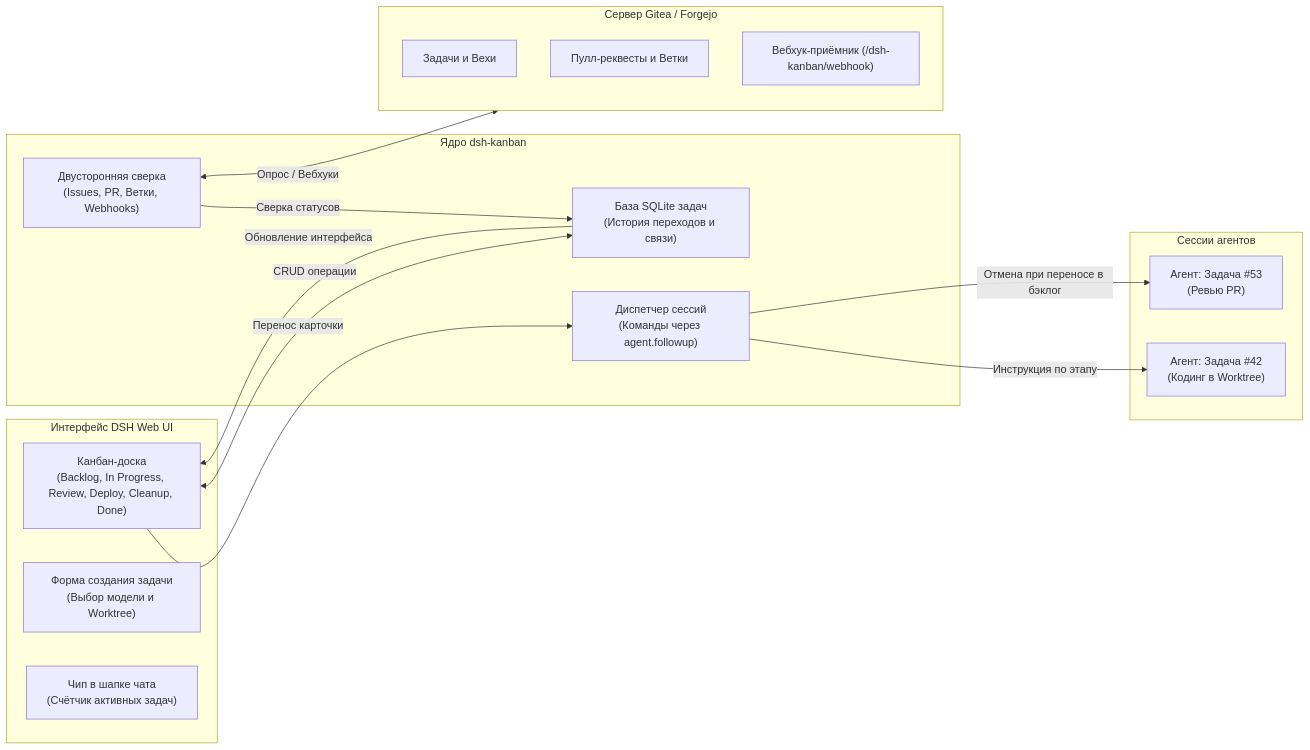
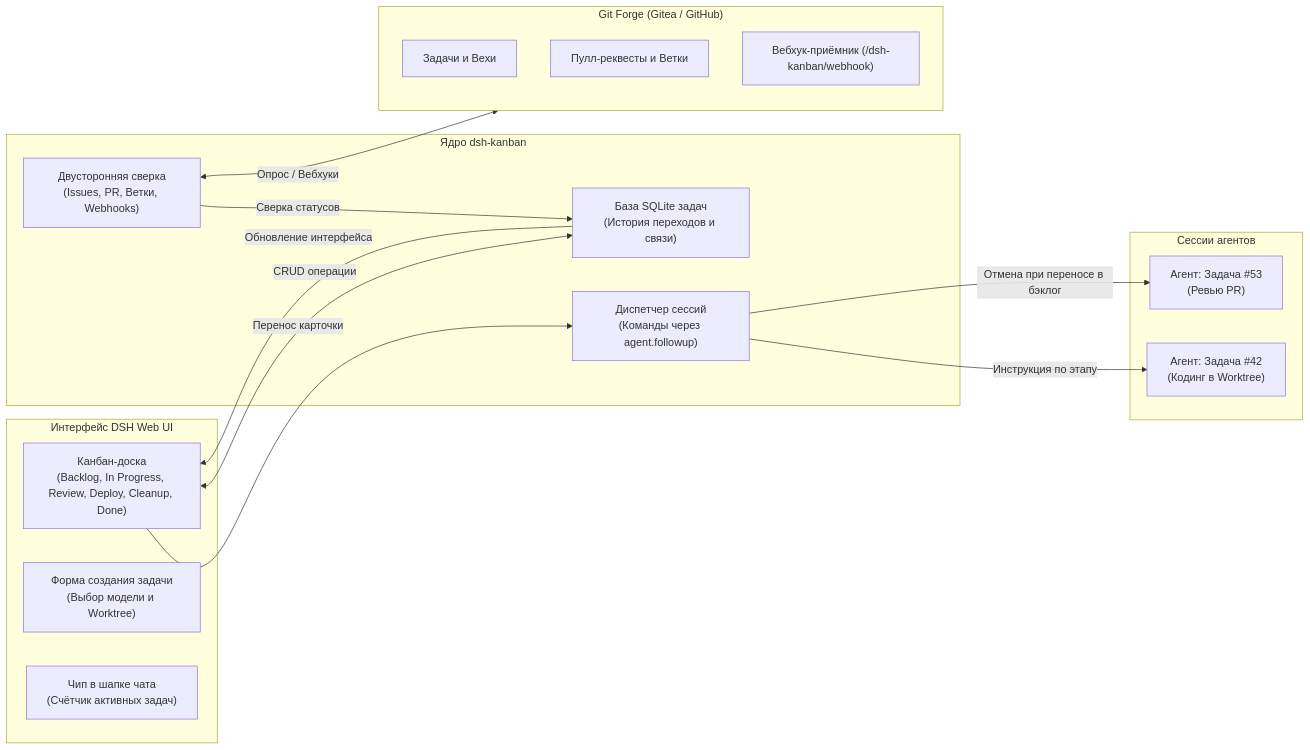
Before and after one commit to GooDAnDReaDY/dsh-kanban: the diagram in README.ru.md, drawn with Mermaid. The commit also changed other lines of this file and 12 other files, not shown here.

````diff
--- a/README.ru.md
+++ b/README.ru.md
@@ -48,33 +48,33 @@
 ```mermaid
 graph LR
     subgraph UI ["Интерфейс DSH Web UI"]
         Board["Канбан-доска<br/>(Backlog, In Progress, Review, Deploy, Cleanup, Done)"]
         Intake["Форма создания задачи<br/>(Выбор модели и Worktree)"]
         HeaderChip["Чип в шапке чата<br/>(Счётчик активных задач)"]
     end
 
     subgraph Core ["Ядро dsh-kanban"]
         Dispatcher["Диспетчер сессий<br/>(Команды через agent.followup)"]
         Store["База SQLite задач<br/>(История переходов и связи)"]
         SyncEngine["Двусторонняя сверка<br/>(Issues, PR, Ветки, Webhooks)"]
     end
 
     subgraph Agents ["Сессии агентов"]
         Agent1["Агент: Задача #42<br/>(Кодинг в Worktree)"]
         Agent2["Агент: Задача #53<br/>(Ревью PR)"]
     end
 
-    subgraph VCS ["Сервер Gitea / Forgejo"]
+    subgraph VCS ["Git Forge (Gitea / GitHub)"]
         GiteaIssues["Задачи и Вехи"]
         GiteaPRs["Пулл-реквесты и Ветки"]
         Webhook["Вебхук-приёмник (/dsh-kanban/webhook)"]
     end
 
     Board -->|Перенос карточки| Dispatcher
     Dispatcher -->|Инструкция по этапу| Agent1
     Dispatcher -->|Отмена при переносе в бэклог| Agent2
     Board <-->|CRUD операции| Store
     SyncEngine <-->|Опрос / Вебхуки| VCS
     SyncEngine -->|Сверка статусов| Store
     Store -->|Обновление интерфейса| Board
 ```
````
